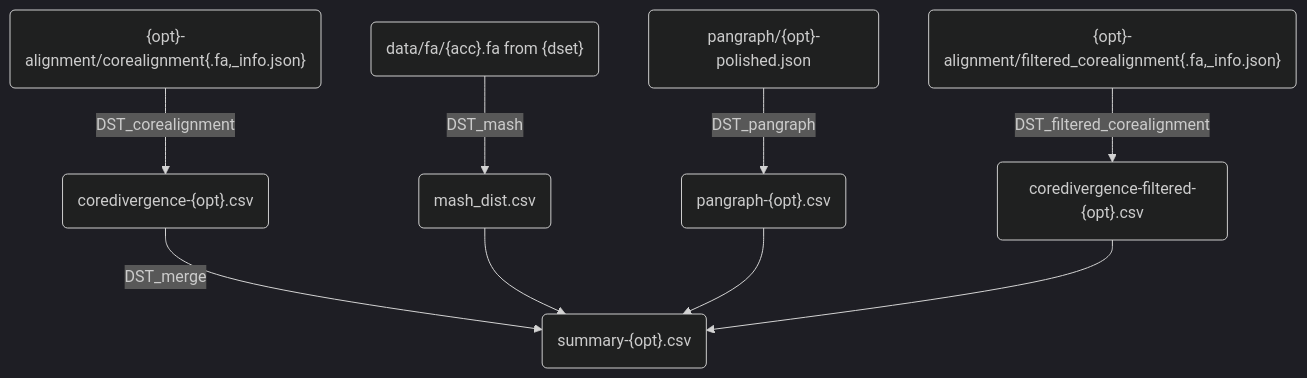
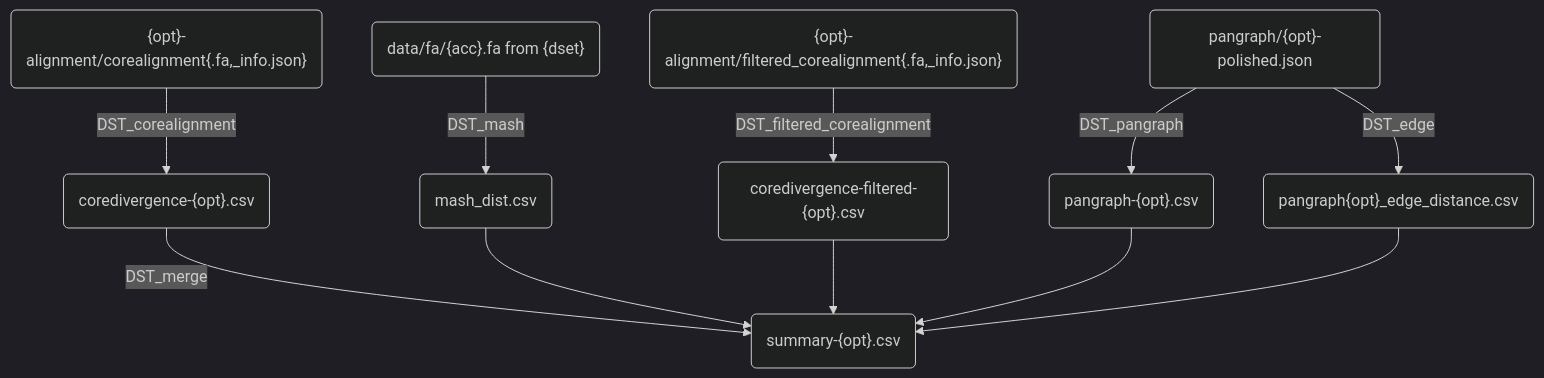
The third of 3 diagrams in notes/01_workflow_description.md (mmolari/ecoliST131-structural-evo), drawn with Mermaid (dark theme) before and after one commit. The commit also changed other lines of this file, not shown here.

````diff
--- a/notes/01_workflow_description.md
+++ b/notes/01_workflow_description.md
@@ -39,11 +39,13 @@
 ```mermaid
 flowchart TD
     A("{opt}-alignment/corealignment{.fa,_info.json}") --> |DST_corealignment| B("coredivergence-{opt}.csv")
     H("{opt}-alignment/filtered_corealignment{.fa,_info.json}") --> |DST_filtered_corealignment| I("coredivergence-filtered-{opt}.csv")
     C("data/fa/{acc}.fa from {dset}") --> |DST_mash| D("mash_dist.csv")
     E("pangraph/{opt}-polished.json") --> |DST_pangraph| F("pangraph-{opt}.csv")
+    E --> |DST_edge| J("pangraph{opt}_edge_distance.csv")
     B --> |DST_merge| G("summary-{opt}.csv")
     D --> G
     F --> G
     I --> G
+    J --> G
 ```
````
